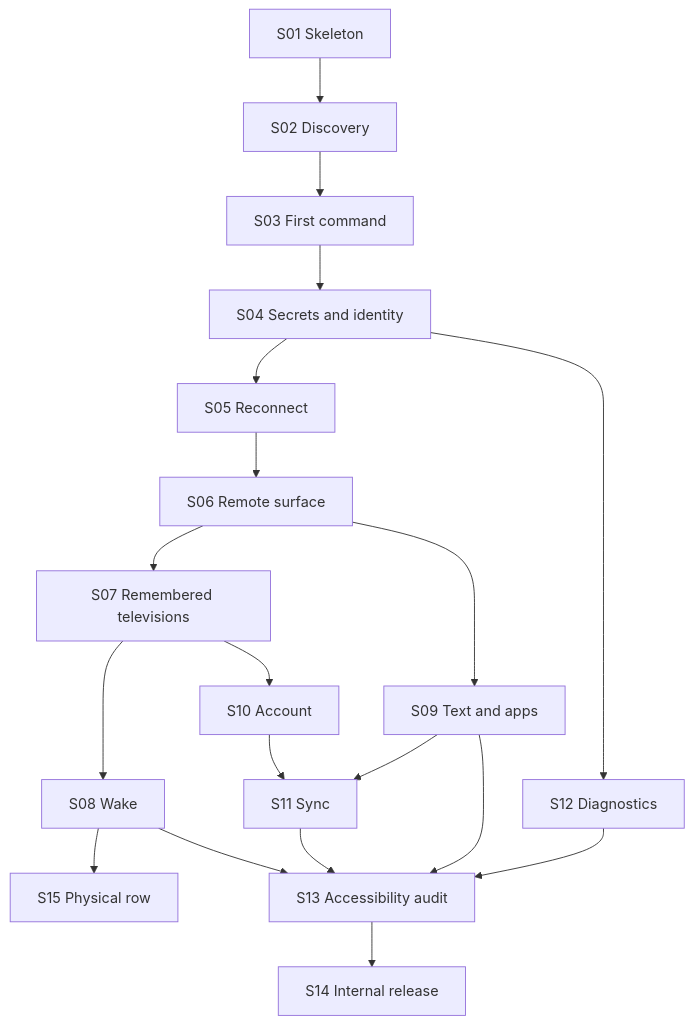
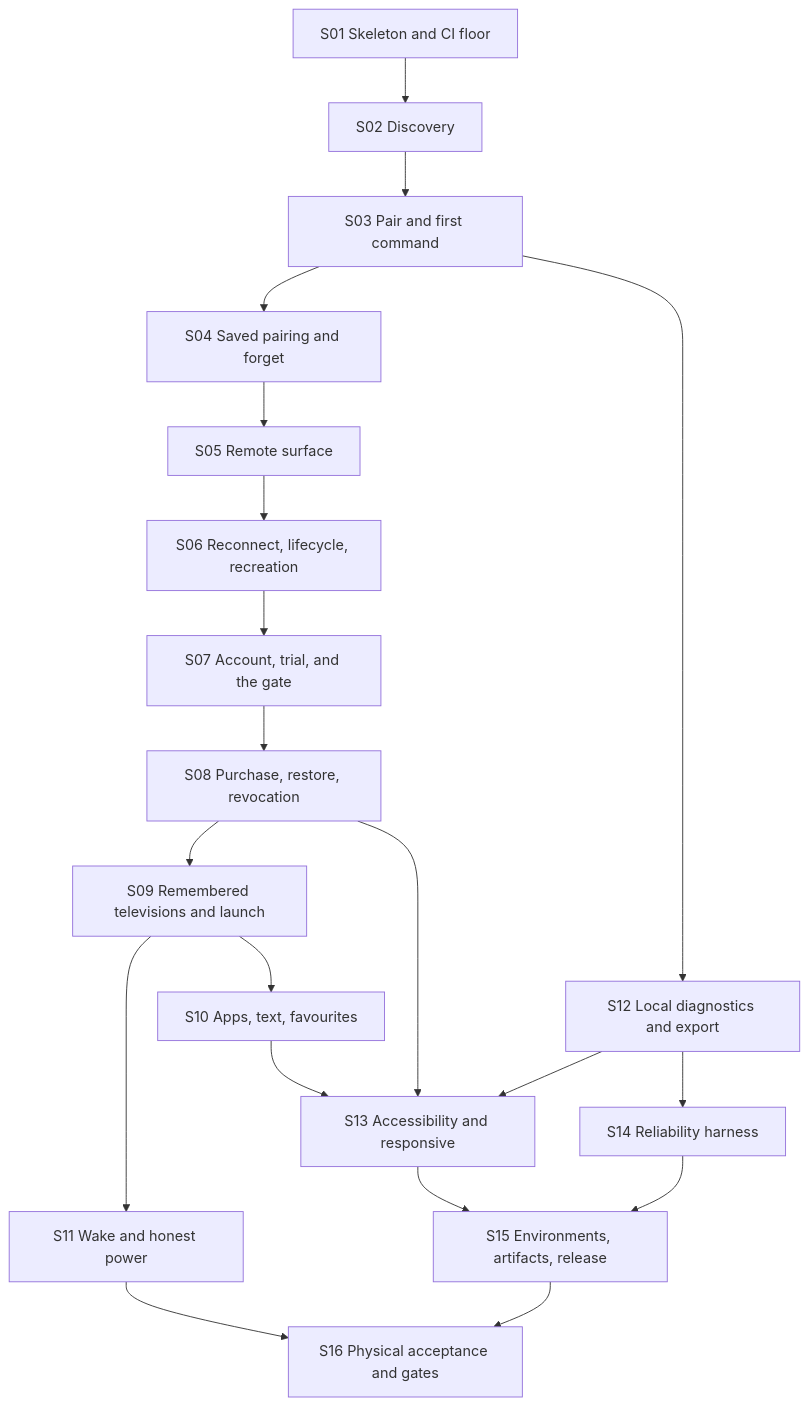
One commit to anthracite-labs/AppT changed the diagram in docs/architecture/slices.md. Above: the diagram before and after it, drawn with Mermaid. The commit also changed other lines of this file and 22 other files, not shown here.

First line of the commit message:
Complete V1 architecture closure and rebuild implementation slice map

````diff
--- a/docs/architecture/slices.md
+++ b/docs/architecture/slices.md
@@ -19,29 +21,32 @@
 ```mermaid
 flowchart TD
-  s01[S01 Skeleton]
+  s01[S01 Skeleton and CI floor]
   s02[S02 Discovery]
-  s03[S03 First command]
-  s04[S04 Secrets and identity]
-  s05[S05 Reconnect]
-  s06[S06 Remote surface]
-  s07[S07 Remembered televisions]
-  s08[S08 Wake]
-  s09[S09 Text and apps]
-  s10[S10 Account]
-  s11[S11 Sync]
-  s12[S12 Diagnostics]
-  s13[S13 Accessibility audit]
-  s14[S14 Internal release]
-  s15[S15 Physical row]
-  s01 --> s02 --> s03 --> s04 --> s05 --> s06 --> s07 --> s08
-  s06 --> s09
-  s07 --> s10 --> s11
+  s03[S03 Pair and first command]
+  s04[S04 Saved pairing and forget]
+  s05[S05 Remote surface]
+  s06[S06 Reconnect, lifecycle, recreation]
+  s07[S07 Account, trial, and the gate]
+  s08[S08 Purchase, restore, revocation]
+  s09[S09 Remembered televisions and launch]
+  s10[S10 Apps, text, favourites]
+  s11[S11 Wake and honest power]
+  s12[S12 Local diagnostics and export]
+  s13[S13 Accessibility and responsive]
+  s14[S14 Reliability harness]
+  s15[S15 Environments, artifacts, release]
+  s16[S16 Physical acceptance and gates]
+
+  s01 --> s02 --> s03 --> s04 --> s05 --> s06 --> s07 --> s08 --> s09
+  s09 --> s10
   s09 --> s11
-  s04 --> s12
-  s08 --> s15
+  s03 --> s12
+  s10 --> s13
   s08 --> s13
-  s09 --> s13
-  s11 --> s13
   s12 --> s13
-  s13 --> s14
+  s12 --> s14
+  s13 --> s15
+  s14 --> s15
+  s11 --> s16
+  s15 --> s16
 ```
````
